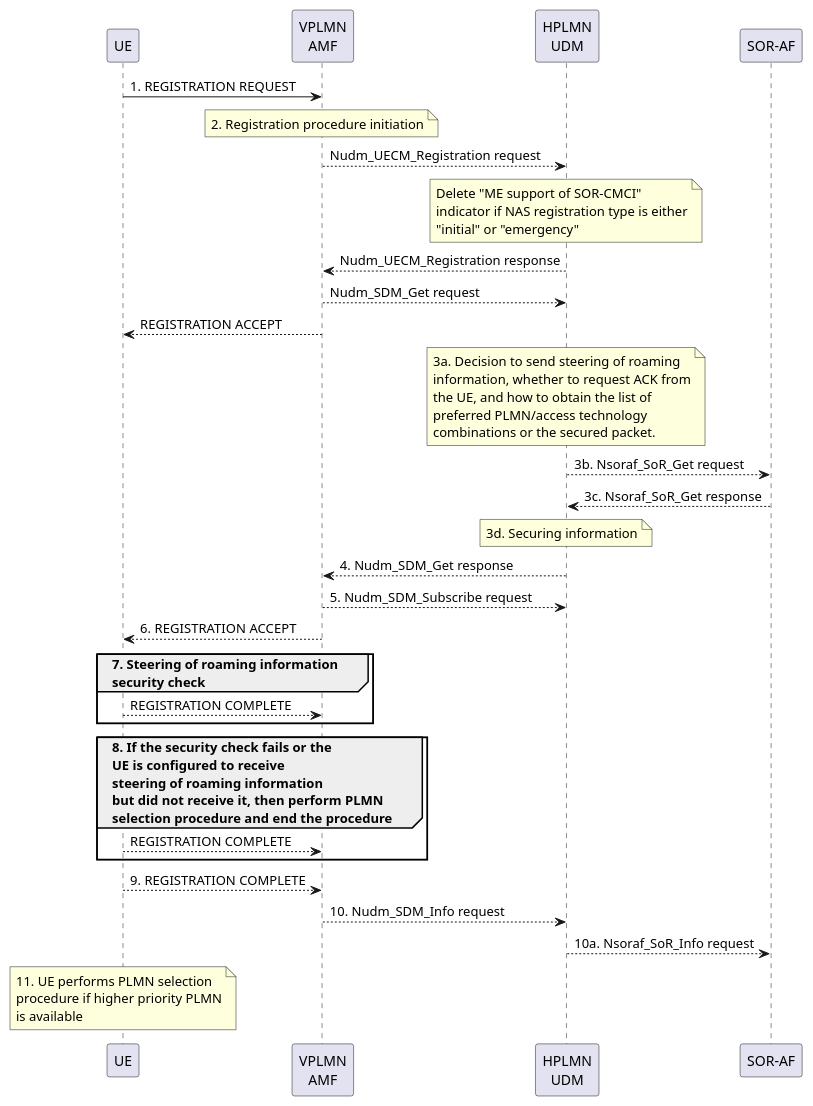
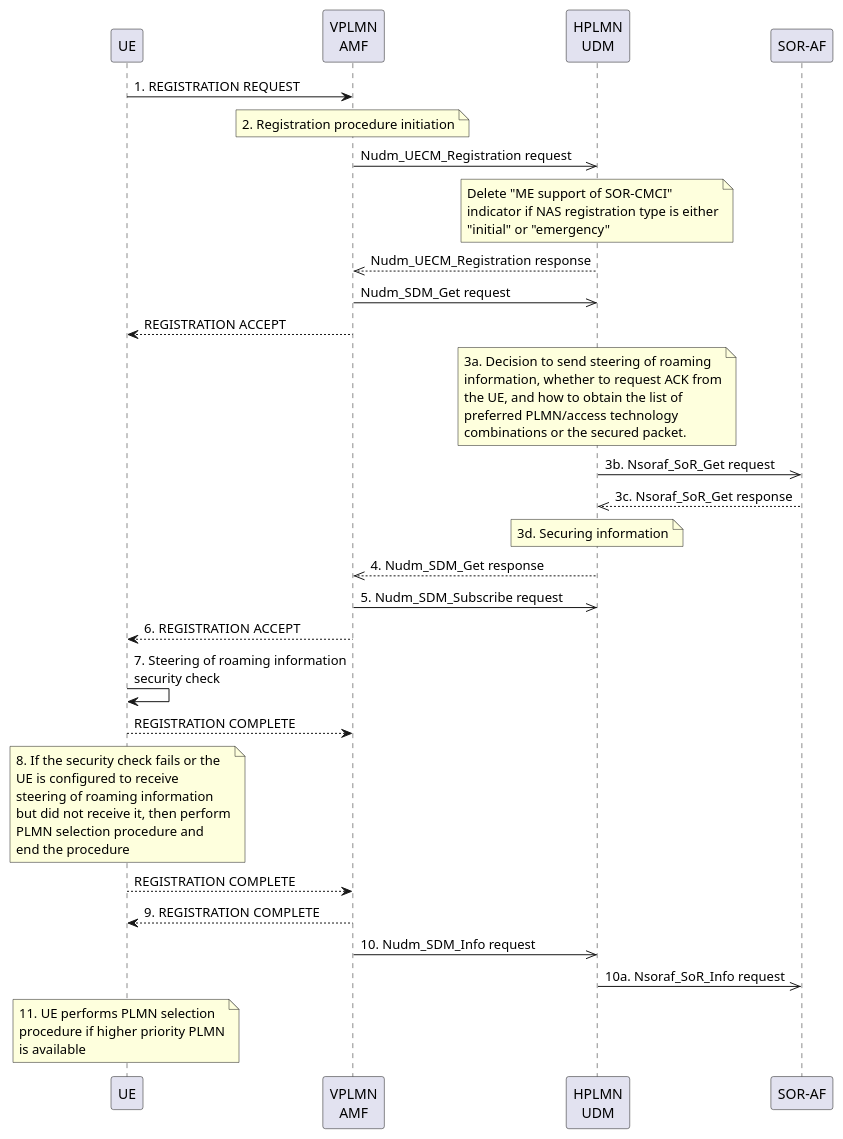
The diagram in 23122-i40_image_data_rId21.puml (Rutuja1099/Check), drawn with PlantUML before and after one commit.

```diff
--- a/23122-i40_image_data_rId21.puml
+++ b/23122-i40_image_data_rId21.puml
@@ -1,62 +1,67 @@
 @startuml
 participant UE
 participant "VPLMN\nAMF" as VPLMN
 participant "HPLMN\nUDM" as HPLMN
 participant "SOR-AF" as SOR
 
 UE -> VPLMN: 1. REGISTRATION REQUEST
 
 note over VPLMN
 2. Registration procedure initiation
 end note
 
-VPLMN --> HPLMN: Nudm_UECM_Registration request
+VPLMN ->> HPLMN: Nudm_UECM_Registration request
 
 note over HPLMN
 Delete "ME support of SOR-CMCI"
 indicator if NAS registration type is either
 "initial" or "emergency"
 end note
 
-HPLMN --> VPLMN: Nudm_UECM_Registration response
-VPLMN --> HPLMN: Nudm_SDM_Get request
+HPLMN -->> VPLMN: Nudm_UECM_Registration response
+VPLMN ->> HPLMN: Nudm_SDM_Get request
 VPLMN --> UE: REGISTRATION ACCEPT
 
 note over HPLMN
 3a. Decision to send steering of roaming
 information, whether to request ACK from
 the UE, and how to obtain the list of
 preferred PLMN/access technology
 combinations or the secured packet.
 end note
 
-HPLMN --> SOR: 3b. Nsoraf_SoR_Get request
-SOR --> HPLMN: 3c. Nsoraf_SoR_Get response
+HPLMN ->> SOR: 3b. Nsoraf_SoR_Get request
+SOR -->> HPLMN: 3c. Nsoraf_SoR_Get response
 
 note over HPLMN
 3d. Securing information
 end note
 
-HPLMN --> VPLMN: 4. Nudm_SDM_Get response
-VPLMN --> HPLMN: 5. Nudm_SDM_Subscribe request
+HPLMN -->> VPLMN: 4. Nudm_SDM_Get response
+VPLMN ->> HPLMN: 5. Nudm_SDM_Subscribe request
 VPLMN --> UE: 6. REGISTRATION ACCEPT
 
-group 7. Steering of roaming information\nsecurity check
+UE -> UE: 7. Steering of roaming information\nsecurity check
 UE --> VPLMN: REGISTRATION COMPLETE
-end group
 
-group 8. If the security check fails or the \nUE is configured to receive \nsteering of roaming information \nbut did not receive it, then perform PLMN \nselection procedure and end the procedure
+note over UE
+8. If the security check fails or the
+UE is configured to receive
+steering of roaming information
+but did not receive it, then perform
+PLMN selection procedure and
+end the procedure
+end note
+
 UE --> VPLMN: REGISTRATION COMPLETE
-end group
-
-UE --> VPLMN: 9. REGISTRATION COMPLETE
-VPLMN --> HPLMN: 10. Nudm_SDM_Info request
-HPLMN --> SOR: 10a. Nsoraf_SoR_Info request
+UE <-- VPLMN: 9. REGISTRATION COMPLETE
+VPLMN ->> HPLMN: 10. Nudm_SDM_Info request
+HPLMN ->> SOR: 10a. Nsoraf_SoR_Info request
 
 note over UE
 11. UE performs PLMN selection
 procedure if higher priority PLMN
 is available
 end note
 
 @enduml
```
